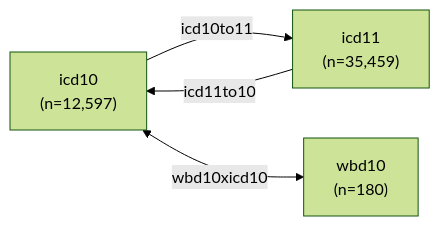
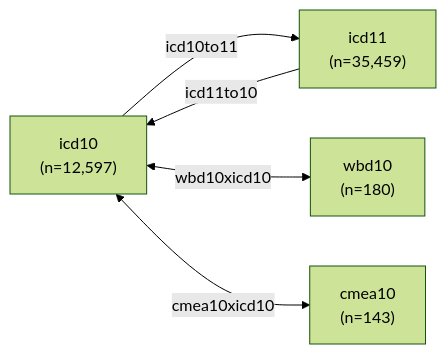
The diagram in data/README.md (cghr-toronto/icd), drawn with Mermaid (forest theme) before and after one commit. The commit also changed other lines of this file, not shown here.

````diff
--- a/data/README.md
+++ b/data/README.md
@@ -10,11 +10,13 @@
 ```mermaid
 flowchart LR;
 
+cmea10["cmea10<br>(n=143)"]
 wbd10["wbd10<br>(n=180)"]
 icd10["icd10<br>(n=12,597)"]
 icd11["icd11<br>(n=35,459)"]
 
 icd10 --> |icd10to11| icd11
 icd11 --> |icd11to10| icd10
 icd10 <--> |wbd10xicd10| wbd10
+icd10 <--> |cmea10xicd10| cmea10
 ```
````
